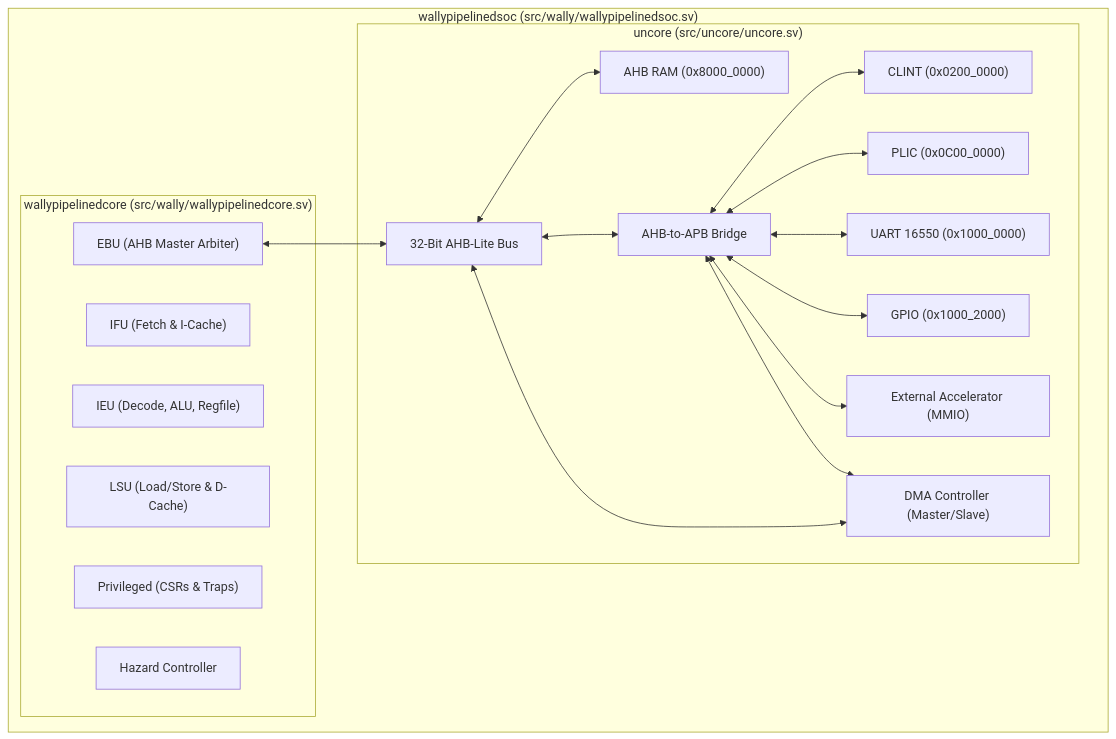
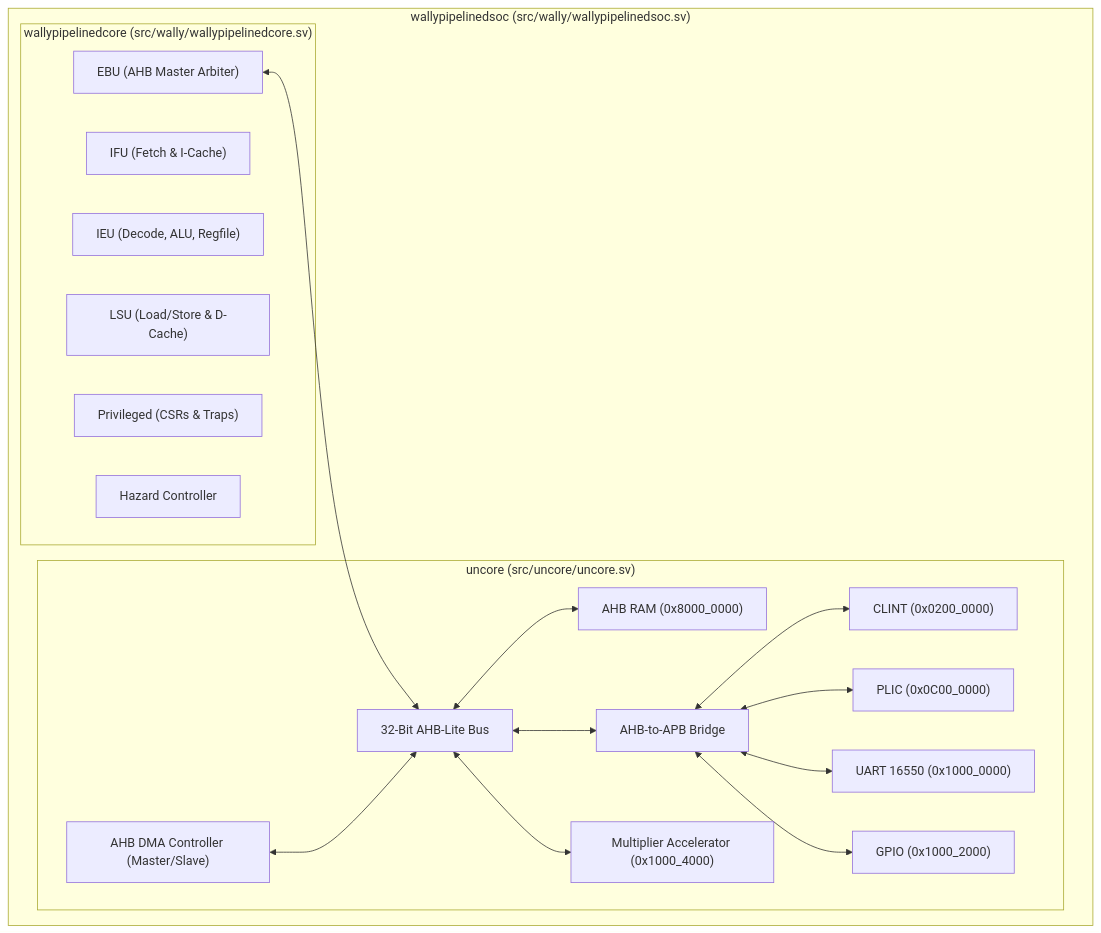
The first of 2 diagrams in sample_1/README.md (BommisettyGanesh/cvw), drawn with Mermaid before and after one commit. The commit also changed other lines of this file and 3 other files, not shown here.

Commit message:
Add 32-bit hardware multiplier accelerator module, bare-metal C test driver, and update documentation

````diff
--- a/sample_1/README.md
+++ b/sample_1/README.md
@@ -78,36 +81,35 @@
 ```mermaid
 graph TD
     subgraph SoC["wallypipelinedsoc (src/wally/wallypipelinedsoc.sv)"]
         subgraph CPU["wallypipelinedcore (src/wally/wallypipelinedcore.sv)"]
             IFU["IFU (Fetch & I-Cache)"]
             IEU["IEU (Decode, ALU, Regfile)"]
             LSU["LSU (Load/Store & D-Cache)"]
             PRIV["Privileged (CSRs & Traps)"]
             HAZ["Hazard Controller"]
             EBU["EBU (AHB Master Arbiter)"]
         end
 
         subgraph Uncore["uncore (src/uncore/uncore.sv)"]
             AHB_BUS["32-Bit AHB-Lite Bus"]
             RAM["AHB RAM (0x8000_0000)"]
             BRIDGE["AHB-to-APB Bridge"]
             CLINT["CLINT (0x0200_0000)"]
             PLIC["PLIC (0x0C00_0000)"]
             UART["UART 16550 (0x1000_0000)"]
             GPIO["GPIO (0x1000_2000)"]
-            ACCEL["External Accelerator (MMIO)"]
-            DMA["DMA Controller (Master/Slave)"]
+            ACCEL["Multiplier Accelerator (0x1000_4000)"]
+            DMA["AHB DMA Controller (Master/Slave)"]
         end
     end
 
     EBU <--> AHB_BUS
     DMA <--> AHB_BUS
     AHB_BUS <--> RAM
     AHB_BUS <--> BRIDGE
     BRIDGE <--> CLINT
     BRIDGE <--> PLIC
     BRIDGE <--> UART
     BRIDGE <--> GPIO
-    BRIDGE <--> ACCEL
-    BRIDGE <--> DMA
+    AHB_BUS <--> ACCEL
 ```
````
